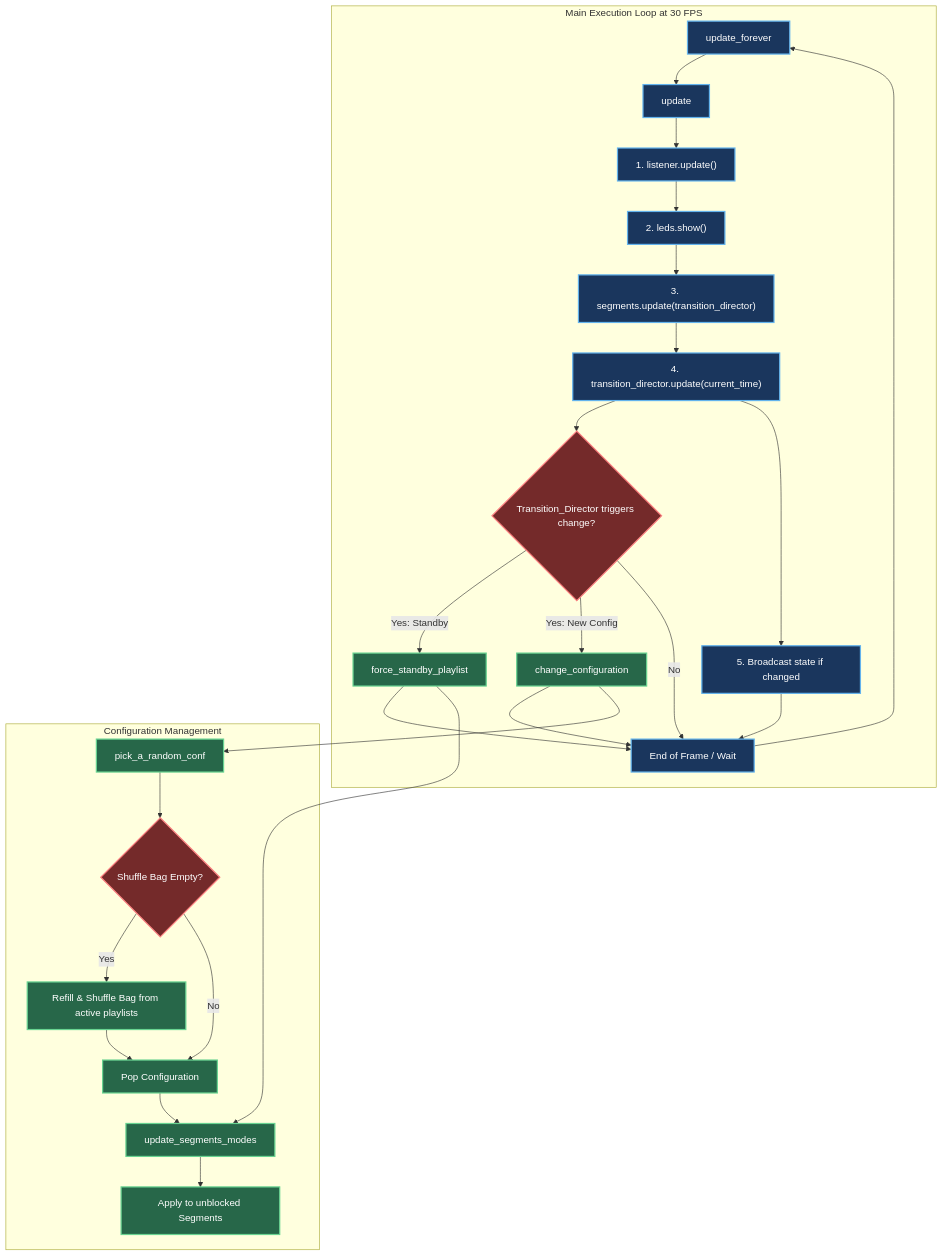
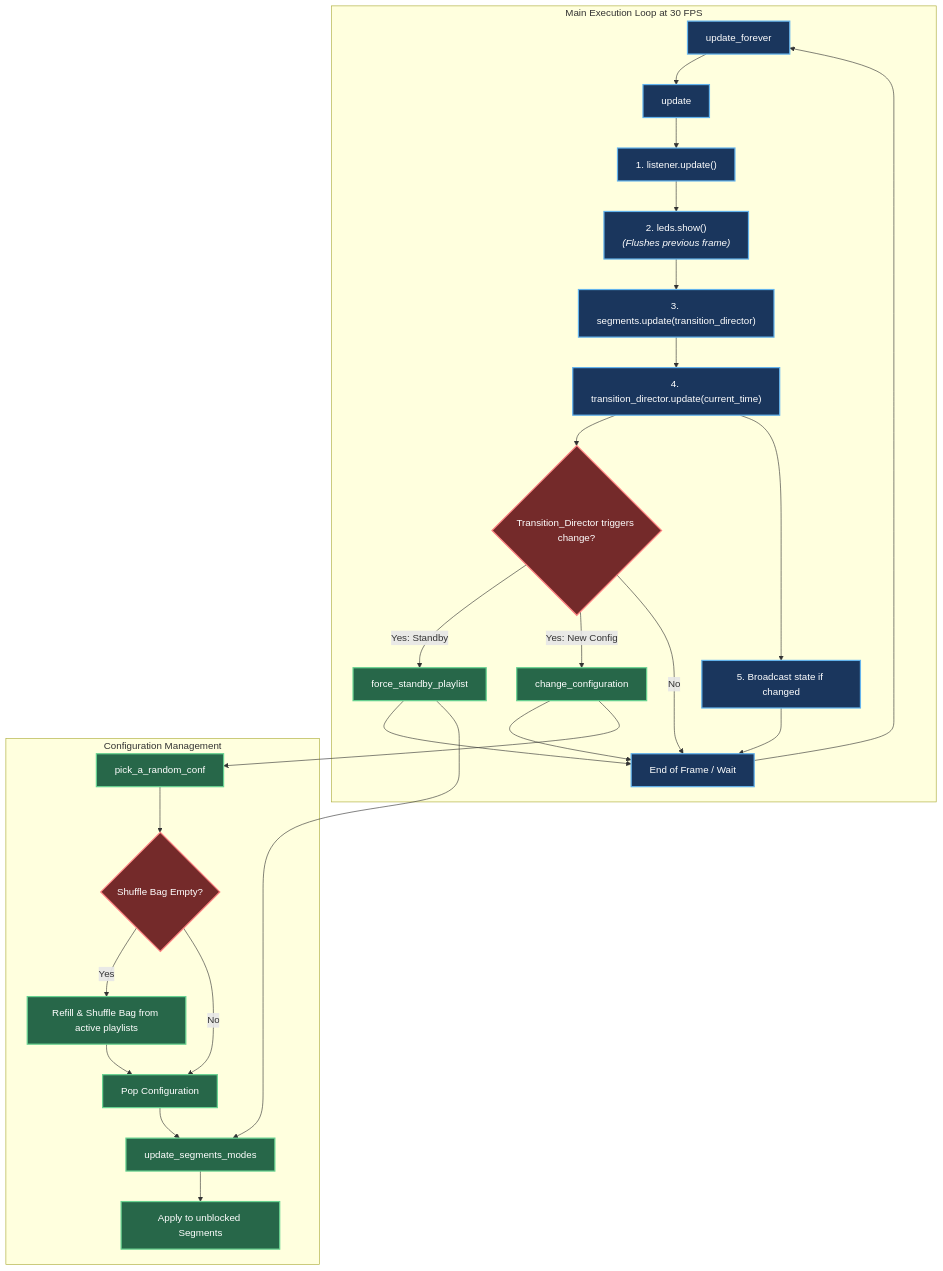
The second of 3 diagrams in core/precisions/mode_master.md (LucRobey/vialactee), drawn with Mermaid before and after one commit. The commit also changed other lines of this file and 51 other files, not shown here.

````diff
--- a/core/precisions/mode_master.md
+++ b/core/precisions/mode_master.md
@@ -29,56 +29,56 @@
 ```mermaid
 graph TD
     classDef loop fill:#1a365d,stroke:#63b3ed,stroke-width:2px,color:#fff;
     classDef decision fill:#742a2a,stroke:#fc8181,stroke-width:2px,color:#fff;
     classDef action fill:#276749,stroke:#68d391,stroke-width:2px,color:#fff;
 
     subgraph main_loop [Main Execution Loop at 30 FPS]
         F[update_forever]:::loop
         G[update]:::loop
         H["1. listener.update()"]:::loop
-        I["2. leds.show()"]:::loop
+        I["2. leds.show() <br/><i>(Flushes previous frame)</i>"]:::loop
         J["3. segments.update(transition_director)"]:::loop
         K["4. transition_director.update(current_time)"]:::loop
         BCAST["5. Broadcast state if changed"]:::loop
         L{"Transition_Director triggers change?"}:::decision
         M[force_standby_playlist]:::action
         N[change_configuration]:::action
         P[End of Frame / Wait]:::loop
         
         F --> G
         G --> H
         H --> I
         I --> J
         J --> K
         K --> L
         K --> BCAST
         
         L -->|Yes: Standby| M
         L -->|Yes: New Config| N
         L -->|No| P
         
         M --> P
         N --> P
         BCAST --> P
         P --> F
     end
 
     subgraph config_management [Configuration Management]
         Q[pick_a_random_conf]:::action
         R{"Shuffle Bag Empty?"}:::decision
         S["Refill & Shuffle Bag from active playlists"]:::action
         T[Pop Configuration]:::action
         U[update_segments_modes]:::action
         V[Apply to unblocked Segments]:::action
         
         N --> Q
         M --> U
         
         Q --> R
         R -->|Yes| S
         R -->|No| T
         S --> T
         T --> U
         U --> V
     end
 ```
````
